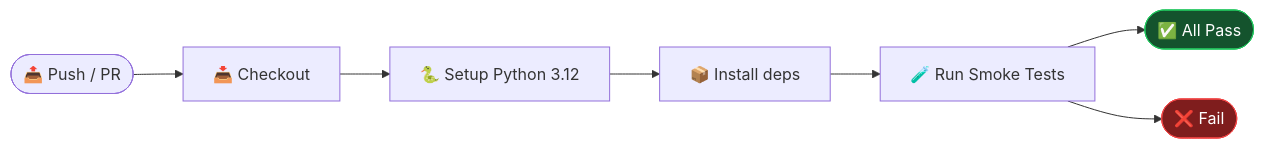
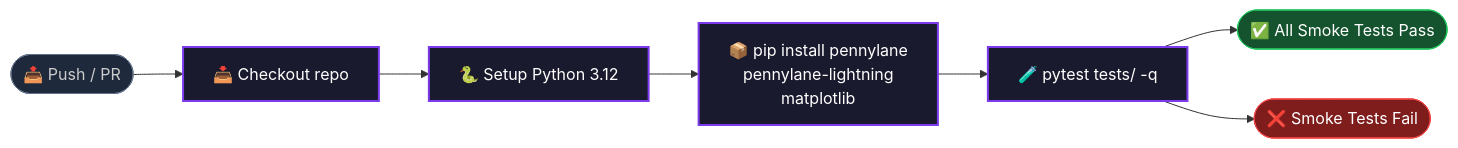
Before and after one commit to NullLabTests/pennylane-agent-experiments: the third of 4 diagrams in README.md, drawn with Mermaid. The commit also changed other lines of this file, not shown here.

Commit message:
Polish README: detailed architecture diagram, CI pipeline flow, experiment specs table, how-to-extend guide, dependency matrix

````diff
--- a/README.md
+++ b/README.md
@@ -199,11 +209,19 @@
 ```mermaid
 graph LR
-    PUSH(["📤 Push / PR"]) --> CHECKOUT["📥 Checkout"]
+    classDef event fill:#1e293b,stroke:#64748b,color:#ccc
+    classDef step fill:#1a1a2e,stroke:#7C3AED,stroke-width:2,color:#fff
+    classDef passS fill:#14532d,stroke:#22c55e,color:#fff
+    classDef failS fill:#7f1d1d,stroke:#ef4444,color:#fff
+
+    PUSH(["📤 Push / PR"]) --> CHECKOUT["📥 Checkout repo"]
     CHECKOUT --> SETUP["🐍 Setup Python 3.12"]
-    SETUP --> INSTALL["📦 Install deps"]
-    INSTALL --> SMOKE["🧪 Run Smoke Tests"]
-    SMOKE --> PASS(["✅ All Pass"])
-    SMOKE --> FAIL(["❌ Fail"])
-    style PASS fill:#14532d,stroke:#22c55e,color:#fff
-    style FAIL fill:#7f1d1d,stroke:#ef4444,color:#fff
+    SETUP --> INSTALL["📦 pip install pennylane<br/>pennylane-lightning<br/>matplotlib"]
+    INSTALL --> SMOKE["🧪 pytest tests/ -q"]
+    SMOKE --> PASS(["✅ All Smoke Tests Pass"])
+    SMOKE --> FAIL(["❌ Smoke Tests Fail"])
+
+    class PUSH event
+    class CHECKOUT,SETUP,INSTALL,SMOKE step
+    class PASS passS
+    class FAIL failS
 ```
````
